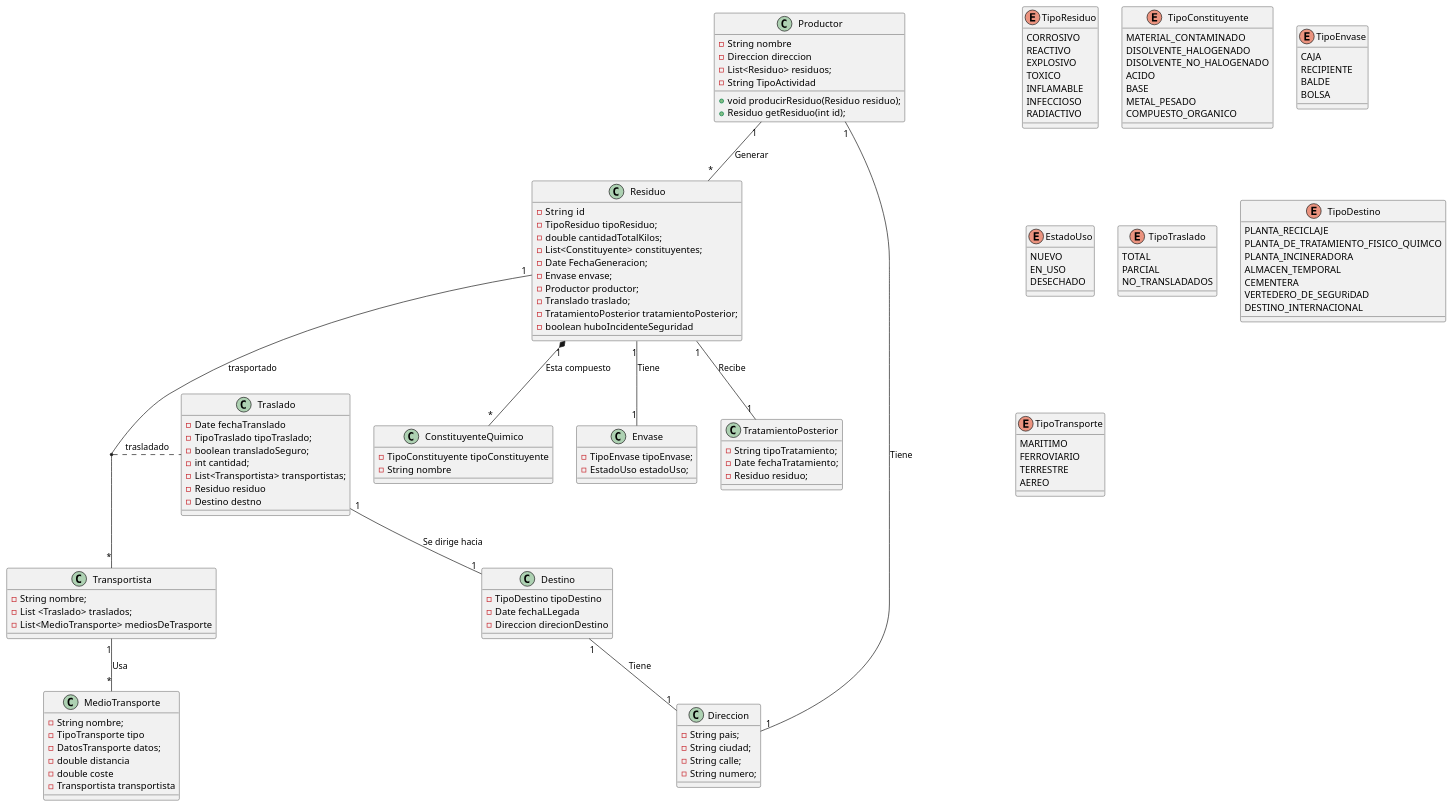
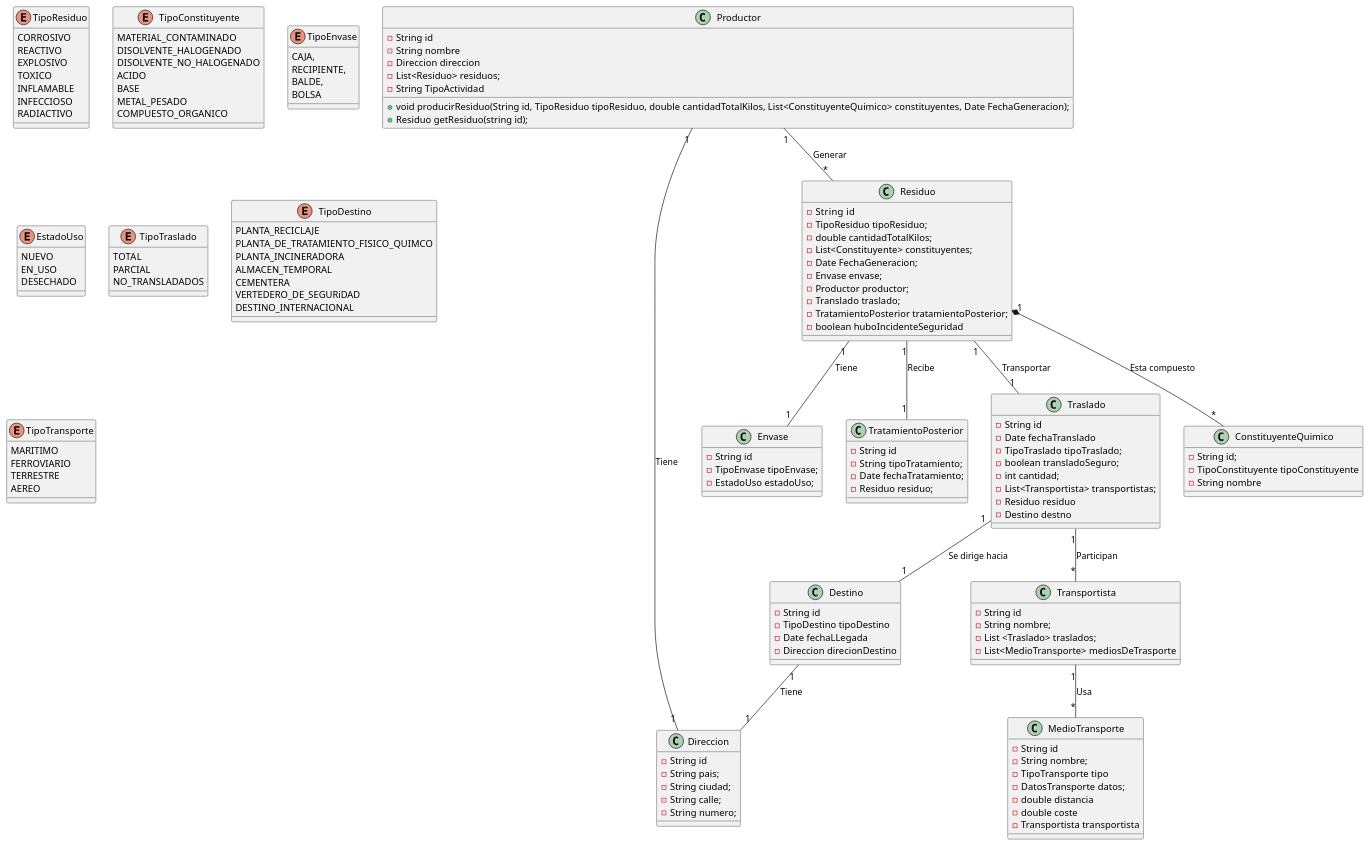
Before and after one commit to Blackaringo/JDesechosFabrica: the diagram in src/jdesechosfabrica/Documentacion/Diagrama_de_clases_conceptual.puml, drawn with PlantUML. The commit also changed 17 other files, not shown here.

Commit message:
modificacion del diagrama de clases, creacion de las entities vacias, añadida la relación productor residuo

```diff
--- a/src/jdesechosfabrica/Documentacion/Diagrama_de_clases_conceptual.puml
+++ b/src/jdesechosfabrica/Documentacion/Diagrama_de_clases_conceptual.puml
@@ -1,145 +1,154 @@
 @startuml
 class Productor{
+    - String id
     - String nombre
     - Direccion direccion
     - List<Residuo> residuos;
     - String TipoActividad
     
-    + void producirResiduo(Residuo residuo);
-    + Residuo getResiduo(int id); 
+    + void producirResiduo(String id, TipoResiduo tipoResiduo, double cantidadTotalKilos, List<ConstituyenteQuimico> constituyentes, Date FechaGeneracion);
+    + Residuo getResiduo(string id); 
 }
 
 class Direccion{
+    - String id
     - String pais;
     - String ciudad;
     - String calle;
     - String numero;
 }
 
 enum TipoResiduo{
     CORROSIVO
     REACTIVO
     EXPLOSIVO
     TOXICO
     INFLAMABLE
     INFECCIOSO
     RADIACTIVO
 }
 
 class Residuo{
     - String  id
     - TipoResiduo tipoResiduo;
     - double cantidadTotalKilos;
     - List<Constituyente> constituyentes;
     - Date FechaGeneracion;
     - Envase envase;
     - Productor productor;
     - Translado traslado;
     - TratamientoPosterior tratamientoPosterior;
     - boolean huboIncidenteSeguridad
 }
 enum TipoConstituyente{
     MATERIAL_CONTAMINADO
     DISOLVENTE_HALOGENADO
     DISOLVENTE_NO_HALOGENADO
     ACIDO
     BASE
     METAL_PESADO
     COMPUESTO_ORGANICO
 }
 
 
 class ConstituyenteQuimico{
+    - String id;
     - TipoConstituyente tipoConstituyente
     - String nombre
 }
 
 enum TipoEnvase{
-    CAJA
-    RECIPIENTE
-    BALDE
+    CAJA,
+    RECIPIENTE,
+    BALDE,
     BOLSA
 }
 
 enum EstadoUso{
     NUEVO
     EN_USO
     DESECHADO
 }
 
 class Envase{
+    - String id
     - TipoEnvase tipoEnvase;
     - EstadoUso estadoUso;
 }
 
 class Transportista{
+    - String id
     - String nombre;
     - List <Traslado> traslados;
     - List<MedioTransporte> mediosDeTrasporte
 }
 
 class TratamientoPosterior{
+    - String id
     - String tipoTratamiento;
     - Date fechaTratamiento;
     - Residuo residuo;
 }
 
 enum TipoTraslado{
 TOTAL
 PARCIAL
 NO_TRANSLADADOS
 }
 
 class Traslado{
+    - String id
     - Date fechaTranslado
     - TipoTraslado tipoTraslado;
     - boolean transladoSeguro;
     - int cantidad;
     - List<Transportista> transportistas;
     - Residuo residuo
     - Destino destno
 }
 
 enum TipoDestino {
   PLANTA_RECICLAJE
   PLANTA_DE_TRATAMIENTO_FISICO_QUIMCO
   PLANTA_INCINERADORA
   ALMACEN_TEMPORAL
   CEMENTERA
   VERTEDERO_DE_SEGURiDAD
   DESTINO_INTERNACIONAL
 }
 
 class Destino{
+    - String id
     - TipoDestino tipoDestino
     - Date fechaLLegada
     - Direccion direcionDestino
 }
 
 enum TipoTransporte {
     MARITIMO
     FERROVIARIO
     TERRESTRE
     AEREO
 }
 
 class MedioTransporte{
+    - String id
     - String nombre;
     - TipoTransporte tipo
     - DatosTransporte datos;
     - double distancia
     - double coste 
     - Transportista transportista
 }
 
 Productor "1" -- "*" Residuo : Generar
-Residuo "1" -- "*" Transportista: trasportado
-(Residuo , Transportista) .. Traslado : trasladado 
+Residuo "1" -- "1" Traslado : Transportar
+Traslado "1" -- "*" Transportista : Participan
 Transportista "1" -- "*" MedioTransporte : Usa
 Residuo "1"  *-- "*" ConstituyenteQuimico : Esta compuesto
 Residuo "1" -- "1" Envase : Tiene
 Residuo "1" -- "1" TratamientoPosterior : Recibe 
 Productor "1" -- "1" Direccion : Tiene 
 Traslado "1" -- "1" Destino : Se dirige hacia
 Destino "1" -- "1" Direccion : Tiene
 @enduml
```
